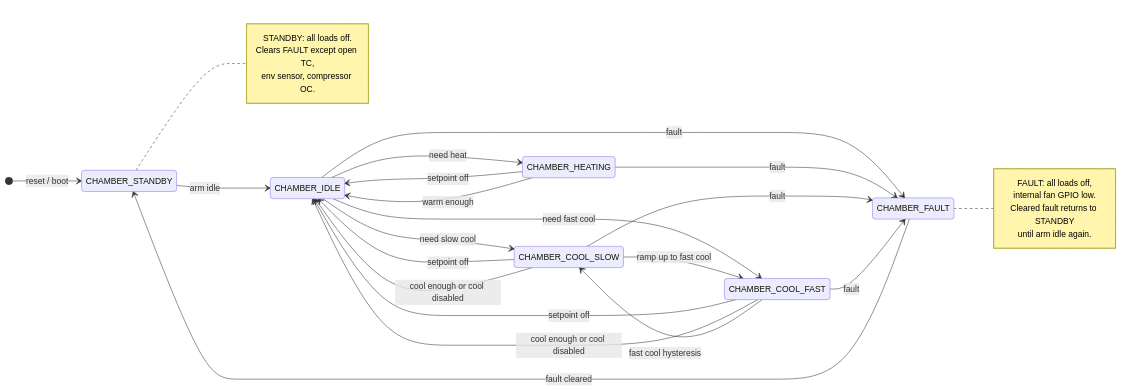
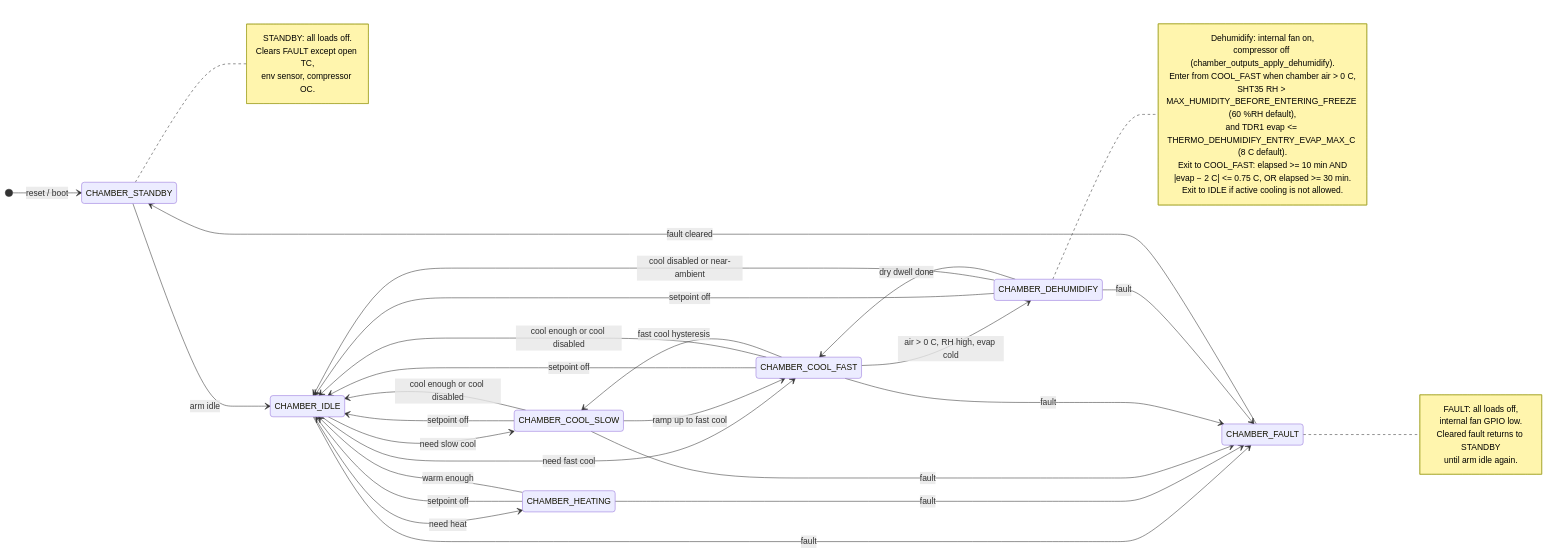
The first of 3 diagrams in Firmware/README.md (Team-Thermocline/Controller), drawn with Mermaid before and after one commit. The commit also changed other lines of this file and 13 other files, not shown here.

Commit message:
Rebrand/retool defrost as dehumidify for clearing moisture before going cryo

````diff
--- a/Firmware/README.md
+++ b/Firmware/README.md
@@ -61,51 +63,70 @@
 ```mermaid
 stateDiagram-v2
   direction LR
 
   state "CHAMBER_STANDBY" as STBY
   state "CHAMBER_FAULT" as FLT
   state "CHAMBER_IDLE" as IDLE
   state "CHAMBER_HEATING" as HEAT
   state "CHAMBER_COOL_SLOW" as CSLOW
   state "CHAMBER_COOL_FAST" as CFAST
+  state "CHAMBER_DEHUMIDIFY" as DEHUM
 
   [*] --> STBY : reset / boot
 
   STBY --> IDLE : arm idle
 
   note right of STBY
     STANDBY: all loads off.
     Clears FAULT except open TC,
     env sensor, compressor OC.
   end note
 
   IDLE --> FLT : fault
   HEAT --> FLT : fault
   CSLOW --> FLT : fault
   CFAST --> FLT : fault
+  DEHUM --> FLT : fault
 
   note right of FLT
     FAULT: all loads off,
     internal fan GPIO low.
     Cleared fault returns to STANDBY
     until arm idle again.
   end note
 
   FLT --> STBY : fault cleared
 
   HEAT --> IDLE : setpoint off
   CSLOW --> IDLE : setpoint off
   CFAST --> IDLE : setpoint off
+  DEHUM --> IDLE : setpoint off
 
   IDLE --> HEAT : need heat
   IDLE --> CSLOW : need slow cool
   IDLE --> CFAST : need fast cool
 
   HEAT --> IDLE : warm enough
 
   CSLOW --> IDLE : cool enough or cool disabled
   CFAST --> IDLE : cool enough or cool disabled
 
   CSLOW --> CFAST : ramp up to fast cool
   CFAST --> CSLOW : fast cool hysteresis
+
+  CFAST --> DEHUM : air > 0 C, RH high, evap cold
+
+  DEHUM --> IDLE : cool disabled or near-ambient
+  DEHUM --> CFAST : dry dwell done
+
+  note right of DEHUM
+    Dehumidify: internal fan on,
+    compressor off (chamber_outputs_apply_dehumidify).
+    Enter from COOL_FAST when chamber air > 0 C,
+    SHT35 RH > MAX_HUMIDITY_BEFORE_ENTERING_FREEZE (60 %RH default),
+    and TDR1 evap <= THERMO_DEHUMIDIFY_ENTRY_EVAP_MAX_C (8 C default).
+    Exit to COOL_FAST: elapsed >= 10 min AND
+    |evap − 2 C| <= 0.75 C, OR elapsed >= 30 min.
+    Exit to IDLE if active cooling is not allowed.
+  end note
 ```
````
